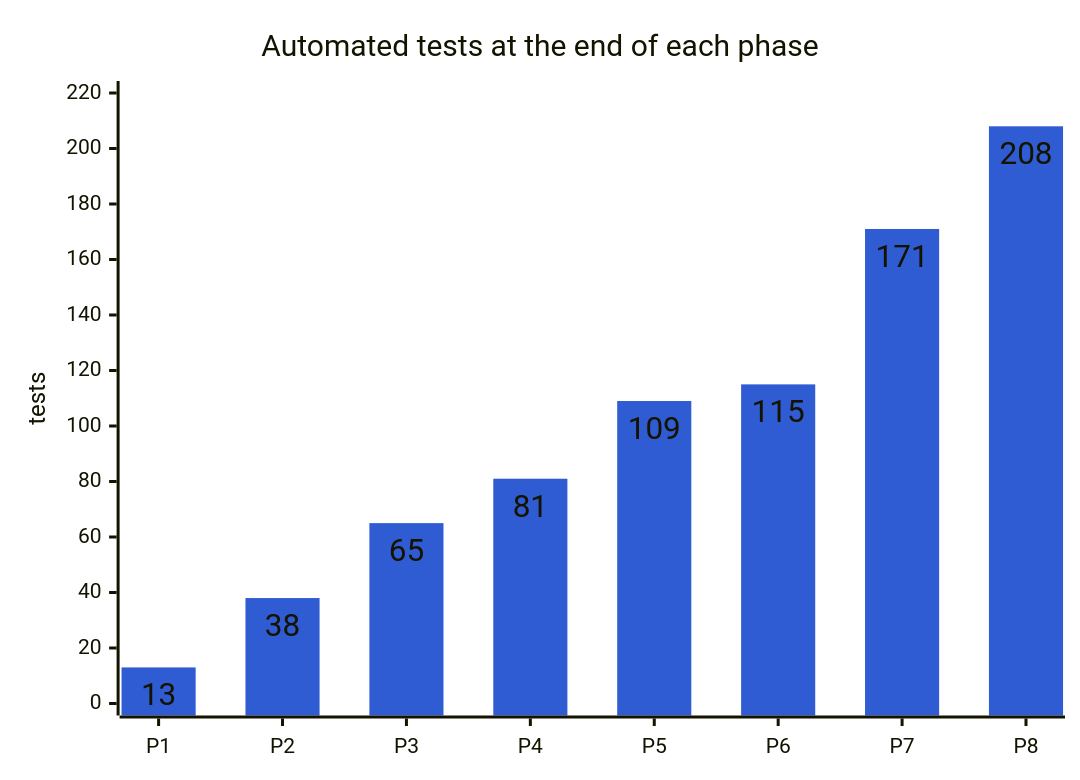
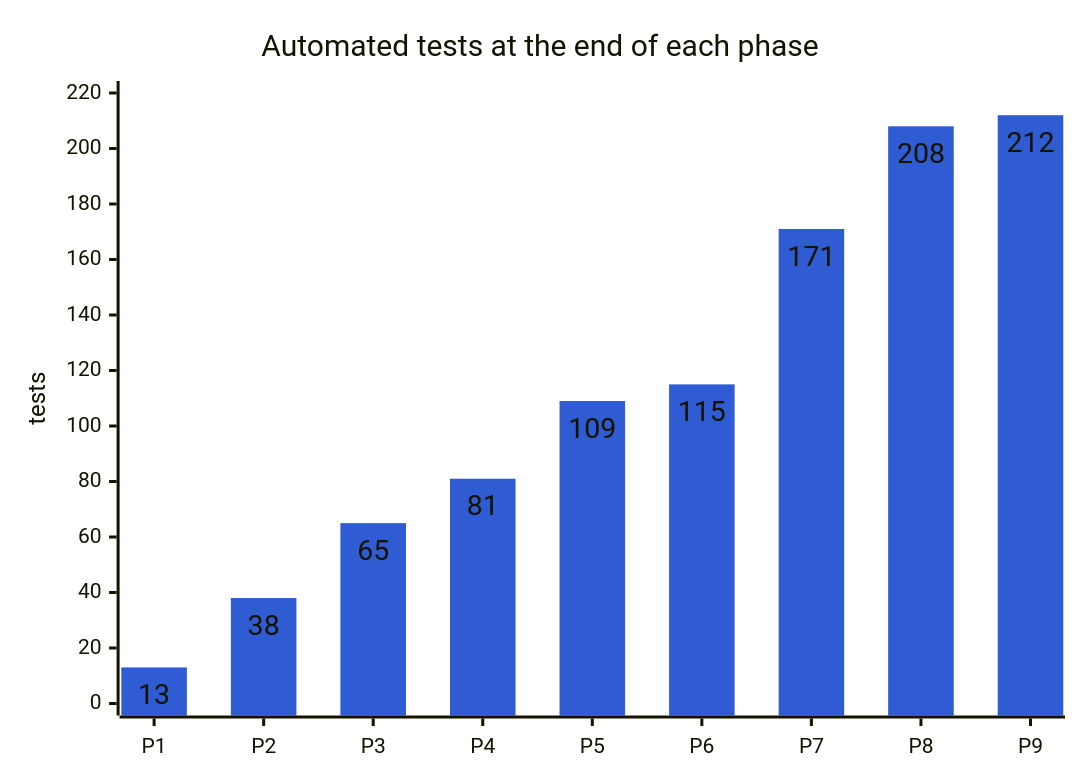
One commit to abdulmdev/sentinel-incident-copilot changed the diagram in docs/handbook/diagrams/14-chart-tests-by-phase.mmd. Above: the diagram before and after it, drawn with Mermaid. The commit also changed 15 other files, not shown here.

```diff
--- a/docs/handbook/diagrams/14-chart-tests-by-phase.mmd
+++ b/docs/handbook/diagrams/14-chart-tests-by-phase.mmd
@@ -1,13 +1,13 @@
 ---
 config:
   xyChart:
     showDataLabel: true
   themeVariables:
     xyChart:
       plotColorPalette: "#2f5bd3"
 ---
 xychart-beta
   title "Automated tests at the end of each phase"
-  x-axis ["P1", "P2", "P3", "P4", "P5", "P6", "P7", "P8"]
+  x-axis ["P1", "P2", "P3", "P4", "P5", "P6", "P7", "P8", "P9"]
   y-axis "tests" 0 --> 220
-  bar [13, 38, 65, 81, 109, 115, 171, 208]
+  bar [13, 38, 65, 81, 109, 115, 171, 208, 212]
```
